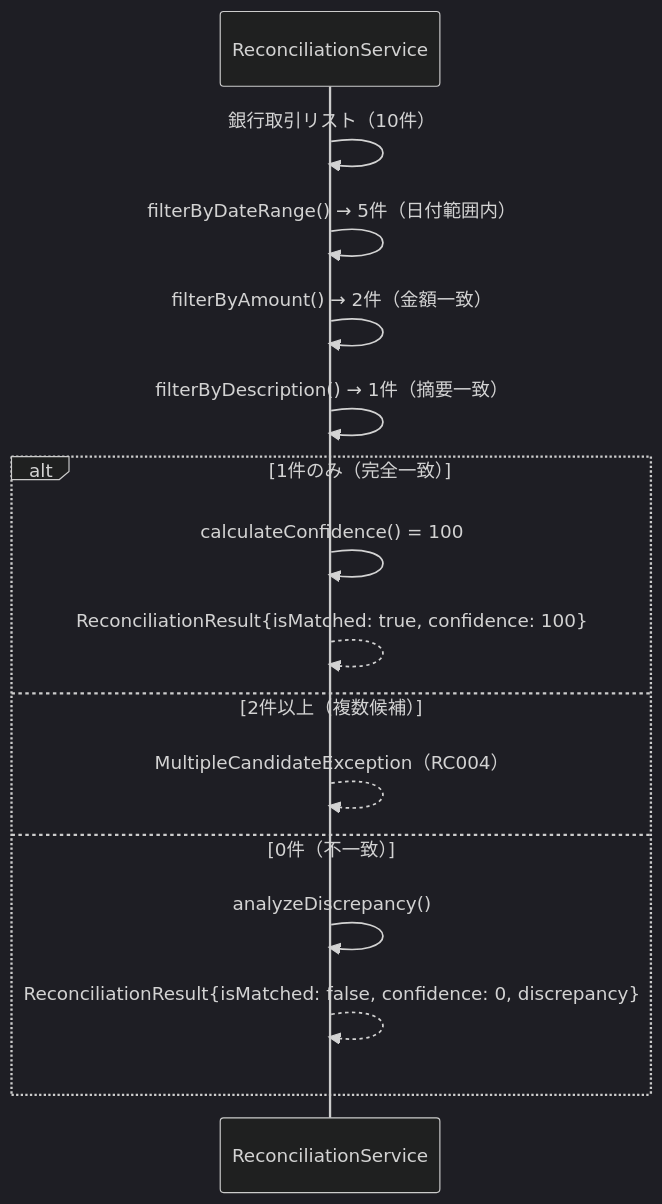
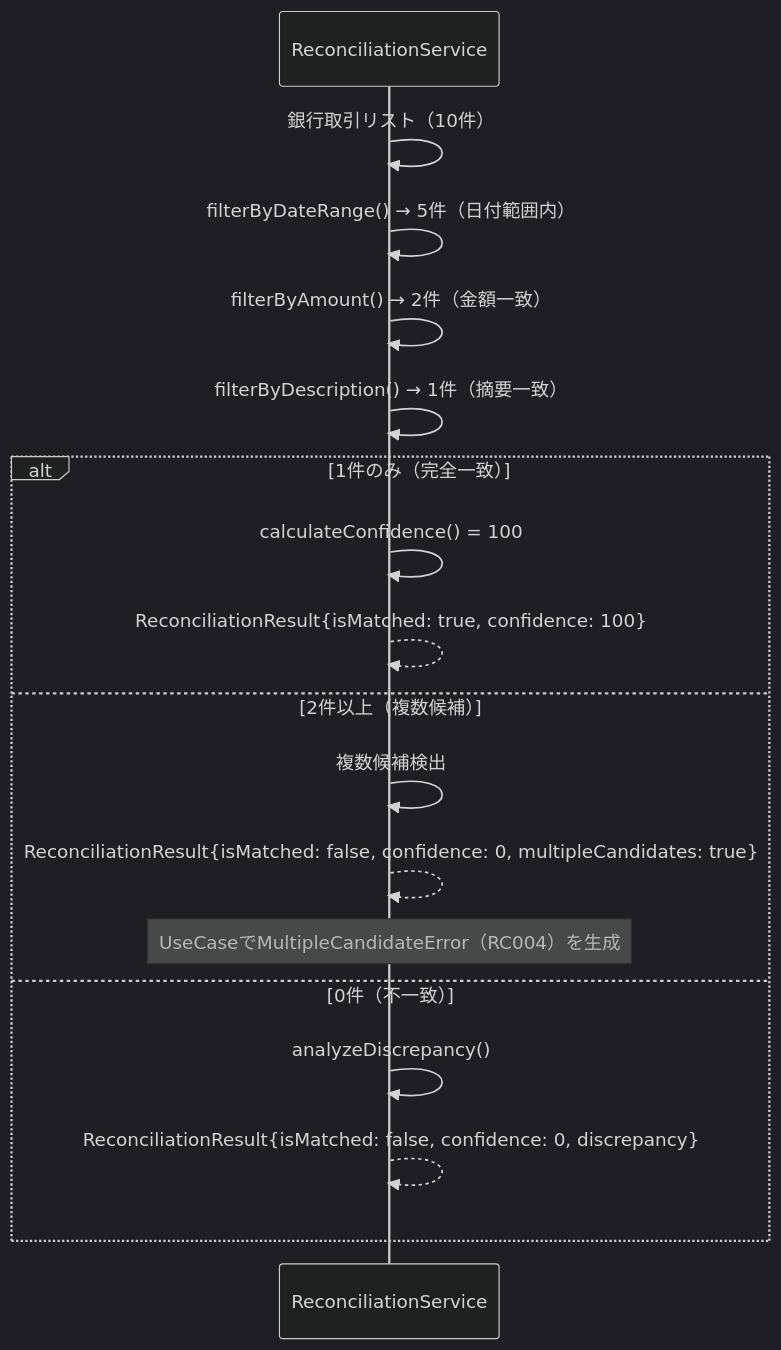
The tenth of 10 diagrams in docs/detailed-design/FR-013_bank-withdrawal-reconciliation/sequence-diagrams.md (kencom2400/account-book), drawn with Mermaid (dark theme) before and after one commit. The commit also changed other lines of this file and 4 other files, not shown here.

````diff
--- a/docs/detailed-design/FR-013_bank-withdrawal-reconciliation/sequence-diagrams.md
+++ b/docs/detailed-design/FR-013_bank-withdrawal-reconciliation/sequence-diagrams.md
@@ -360,20 +355,22 @@
 ```mermaid
 sequenceDiagram
     participant RS as ReconciliationService
 
     RS->>RS: 銀行取引リスト（10件）
 
     RS->>RS: filterByDateRange() → 5件（日付範囲内）
     RS->>RS: filterByAmount() → 2件（金額一致）
     RS->>RS: filterByDescription() → 1件（摘要一致）
 
     alt 1件のみ（完全一致）
         RS->>RS: calculateConfidence() = 100
         RS-->>RS: ReconciliationResult{isMatched: true, confidence: 100}
     else 2件以上（複数候補）
-        RS-->>RS: MultipleCandidateException（RC004）
+        RS->>RS: 複数候補検出
+        RS-->>RS: ReconciliationResult{isMatched: false, confidence: 0, multipleCandidates: true}
+        Note over RS: UseCaseでMultipleCandidateError（RC004）を生成
     else 0件（不一致）
         RS->>RS: analyzeDiscrepancy()
         RS-->>RS: ReconciliationResult{isMatched: false, confidence: 0, discrepancy}
     end
 ```
````
